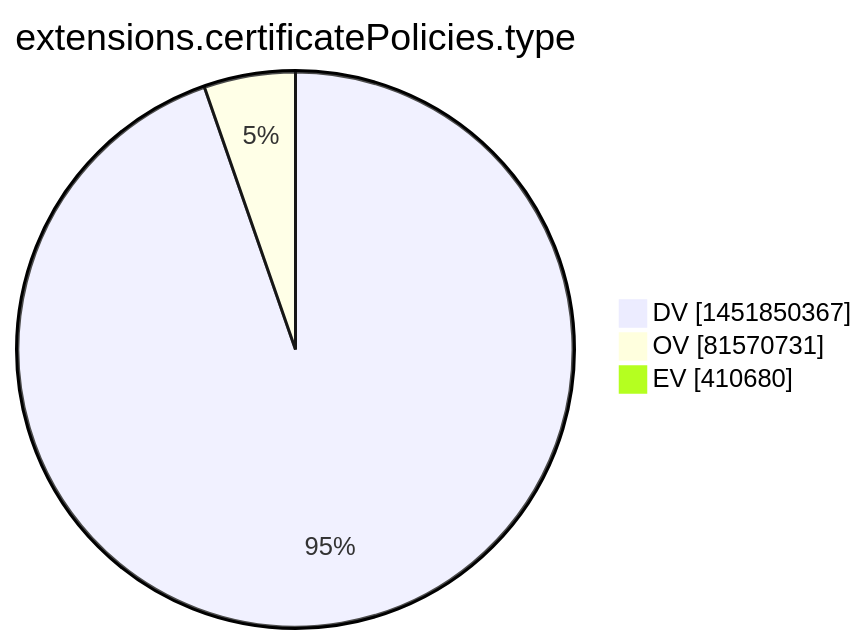
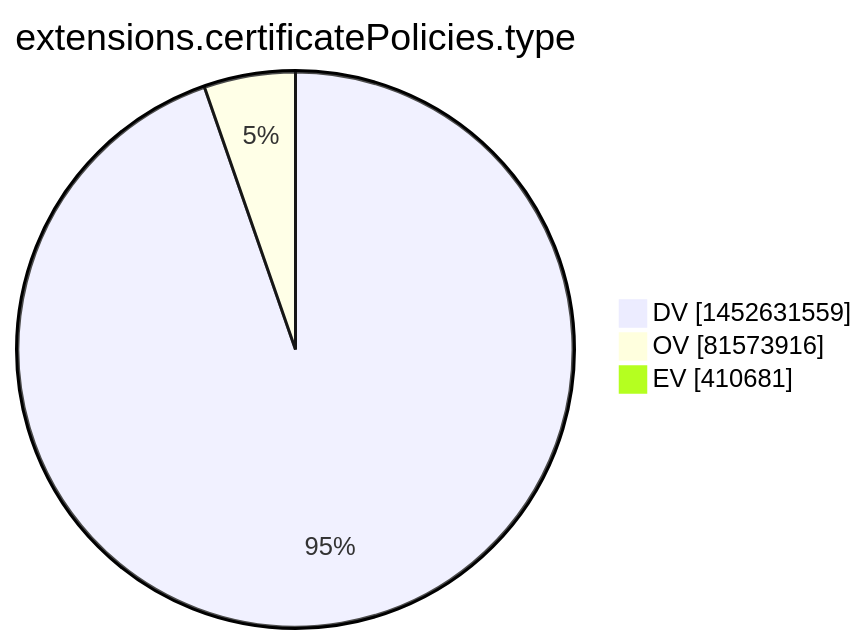
The tenth of 15 diagrams in xenon2022/README.md (christiankrug/ctmonitor_visualization), drawn with Mermaid before and after one commit. The commit also changed other lines of this file, not shown here.

````diff
--- a/xenon2022/README.md
+++ b/xenon2022/README.md
@@ -2870,7 +2870,7 @@
 ```mermaid
 pie showData
 title extensions.certificatePolicies.type
-"DV" :1451850367
-"OV" :81570731
-"EV" :410680
+"DV" :1452631559
+"OV" :81573916
+"EV" :410681
 ```
````
